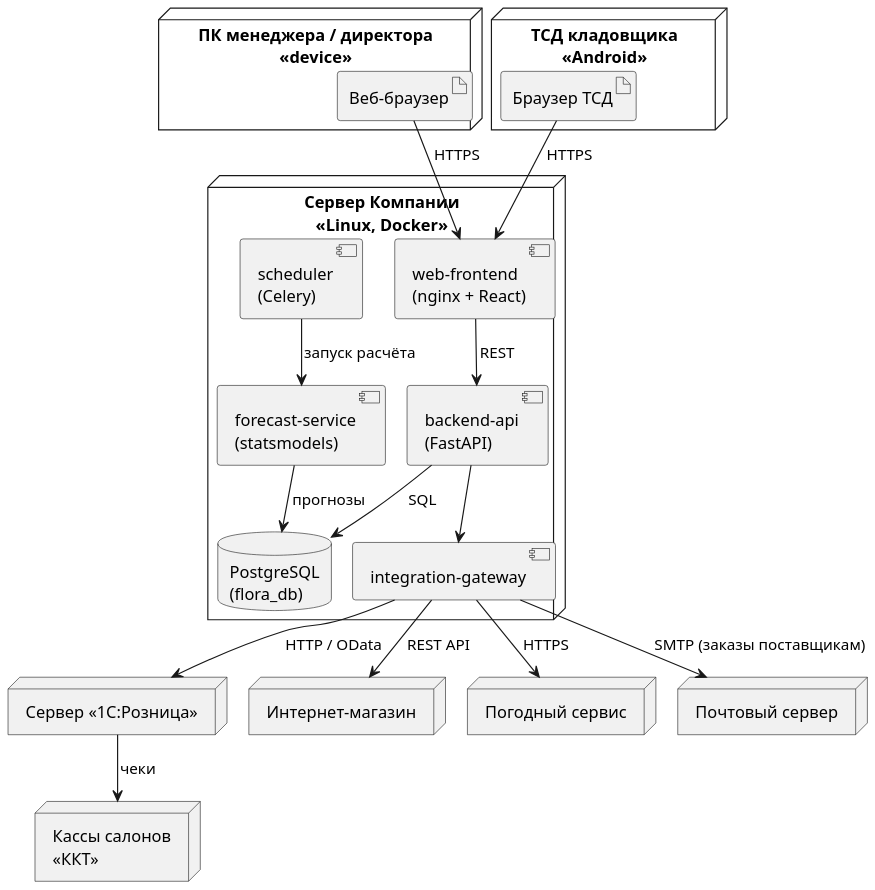
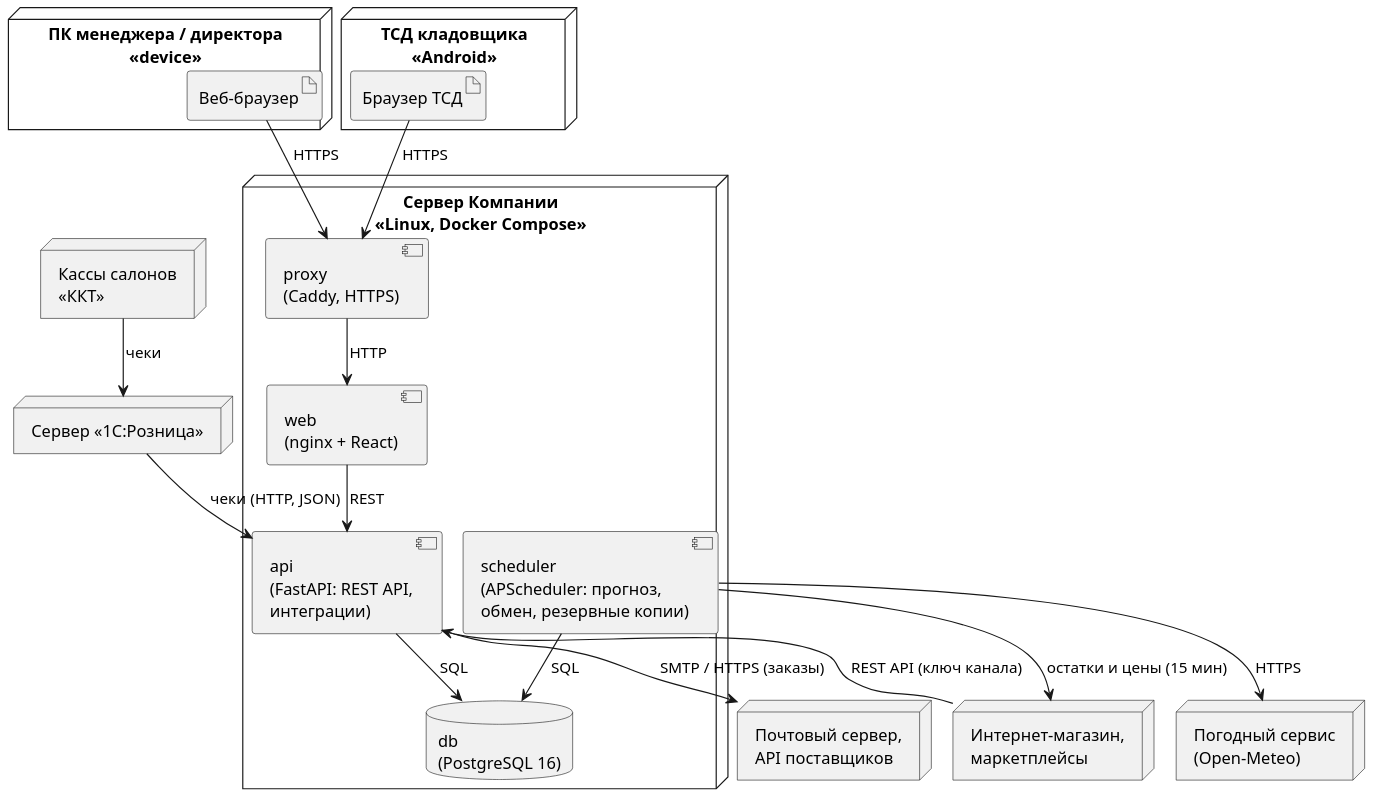
Before and after one commit to DarkSwordman999/flower-demand-planning: the diagram in diagrams/uml_deploy.puml, drawn with PlantUML. The commit also changed 12 other files, not shown here.

```diff
--- a/diagrams/uml_deploy.puml
+++ b/diagrams/uml_deploy.puml
@@ -1,38 +1,37 @@
 @startuml
 !pragma layout smetana
 skinparam dpi 150
 skinparam defaultFontName Arial
 skinparam shadowing false
 skinparam monochrome true
 node "ПК менеджера / директора\n<<device>>" as pc {
   artifact "Веб-браузер" as br
 }
 node "ТСД кладовщика\n<<Android>>" as tsd {
   artifact "Браузер ТСД" as br2
 }
-node "Сервер Компании\n<<Linux, Docker>>" as app {
-  component "web-frontend\n(nginx + React)" as fe
-  component "backend-api\n(FastAPI)" as be
-  component "forecast-service\n(statsmodels)" as fs
-  component "scheduler\n(Celery)" as sch
-  component "integration-gateway" as gw
-  database "PostgreSQL\n(flora_db)" as db
+node "Сервер Компании\n<<Linux, Docker Compose>>" as app {
+  component "proxy\n(Caddy, HTTPS)" as px
+  component "web\n(nginx + React)" as fe
+  component "api\n(FastAPI: REST API,\nинтеграции)" as be
+  component "scheduler\n(APScheduler: прогноз,\nобмен, резервные копии)" as sch
+  database "db\n(PostgreSQL 16)" as db
 }
 node "Кассы салонов\n<<ККТ>>" as kkt
 node "Сервер «1С:Розница»" as c1
-node "Интернет-магазин" as web
-node "Погодный сервис" as wth
-node "Почтовый сервер" as mail
-br --> fe : HTTPS
-br2 --> fe : HTTPS
+node "Интернет-магазин,\nмаркетплейсы" as web
+node "Погодный сервис\n(Open-Meteo)" as wth
+node "Почтовый сервер,\nAPI поставщиков" as mail
+br --> px : HTTPS
+br2 --> px : HTTPS
+px --> fe : HTTP
 fe --> be : REST
 be --> db : SQL
-sch --> fs : запуск расчёта
-fs --> db : прогнозы
-be --> gw
-gw --> c1 : HTTP / OData
-c1 --> kkt : чеки
-gw --> web : REST API
-gw --> wth : HTTPS
-gw --> mail : SMTP (заказы поставщикам)
+sch --> db : SQL
+c1 --> be : чеки (HTTP, JSON)
+kkt --> c1 : чеки
+web --> be : REST API (ключ канала)
+sch --> web : остатки и цены (15 мин)
+sch --> wth : HTTPS
+be --> mail : SMTP / HTTPS (заказы)
 @enduml
```
